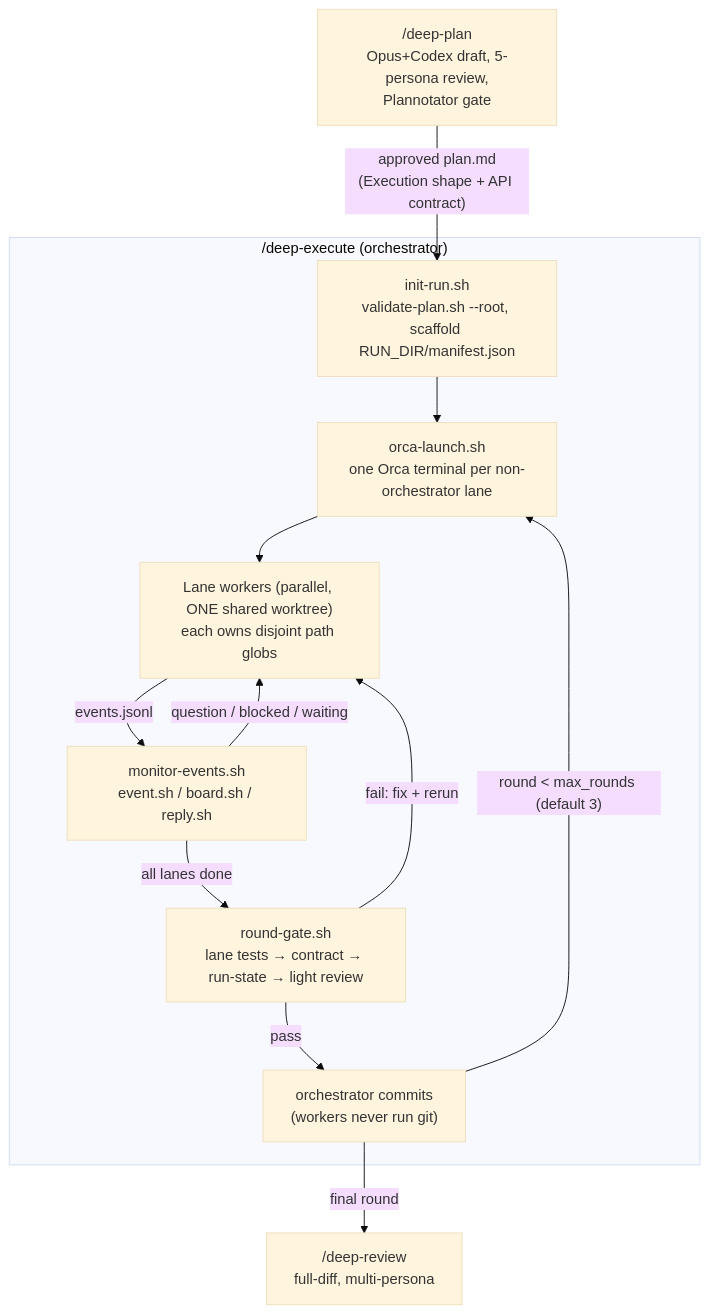
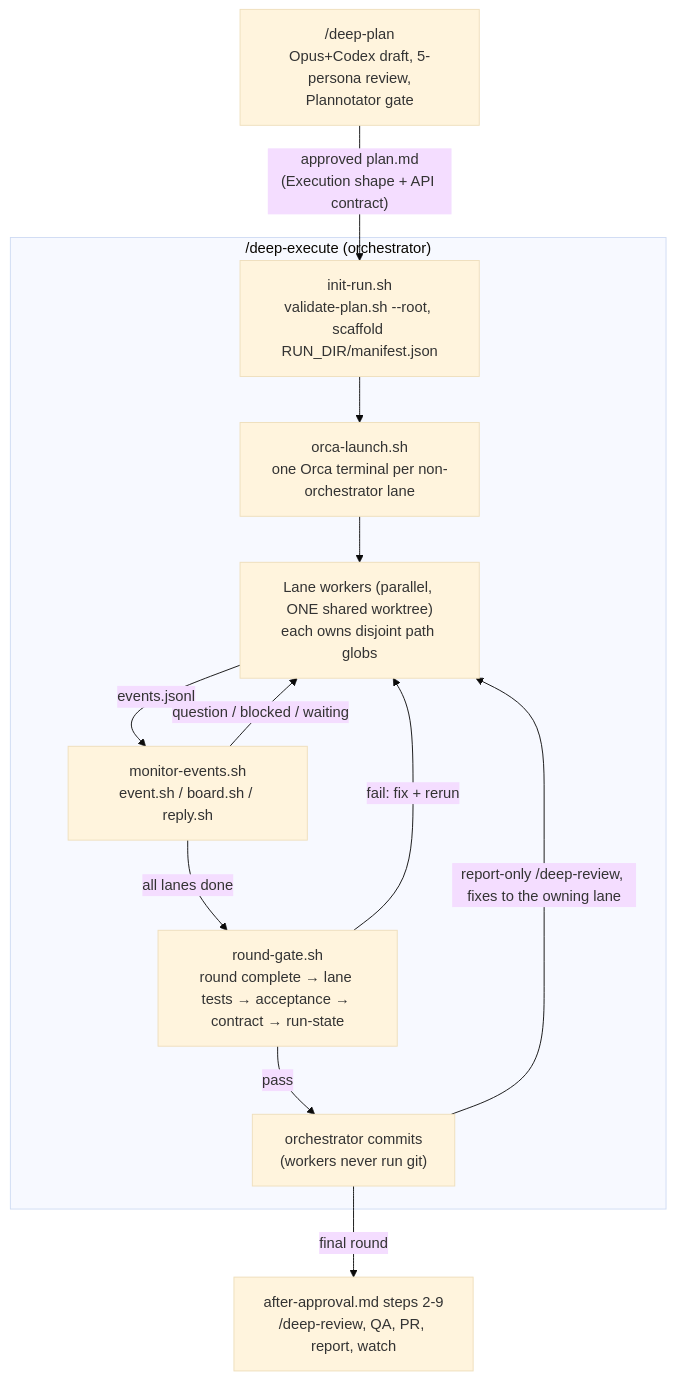
One commit to ybarsotti/dotfiles changed the third of 3 diagrams in ARCHITECTURE.md. Above: the diagram before and after it, drawn with Mermaid (base theme). The commit also changed other lines of this file and 13 other files, not shown here.

````diff
--- a/ARCHITECTURE.md
+++ b/ARCHITECTURE.md
@@ -201,23 +201,23 @@
 ```mermaid
 graph TD
     PLAN["/deep-plan<br/>Opus+Codex draft, 5-persona review,<br/>Plannotator gate"] -->|"approved plan.md<br/>(Execution shape + API contract)"| INIT
 
     subgraph "/deep-execute (orchestrator)"
         INIT["init-run.sh<br/>validate-plan.sh --root, scaffold RUN_DIR/manifest.json"]
         LAUNCH["orca-launch.sh<br/>one Orca terminal per non-orchestrator lane"]
         LANES["Lane workers (parallel, ONE shared worktree)<br/>each owns disjoint path globs"]
         MON["monitor-events.sh<br/>event.sh / board.sh / reply.sh"]
-        GATE["round-gate.sh<br/>lane tests → contract → run-state → light review"]
+        GATE["round-gate.sh<br/>round complete → lane tests → acceptance → contract → run-state"]
         COMMIT["orchestrator commits<br/>(workers never run git)"]
 
         INIT --> LAUNCH --> LANES
         LANES -->|"events.jsonl"| MON
         MON -->|"question / blocked / waiting"| LANES
         MON -->|"all lanes done"| GATE
         GATE -->|"pass"| COMMIT
         GATE -->|"fail: fix + rerun"| LANES
-        COMMIT -->|"round < max_rounds (default 3)"| LAUNCH
+        COMMIT -->|"report-only /deep-review, fixes to the owning lane"| LANES
     end
 
-    COMMIT -->|"final round"| REVIEW["/deep-review<br/>full-diff, multi-persona"]
+    COMMIT -->|"final round"| REVIEW["after-approval.md steps 2-9<br/>/deep-review, QA, PR, report, watch"]
 ```
````
